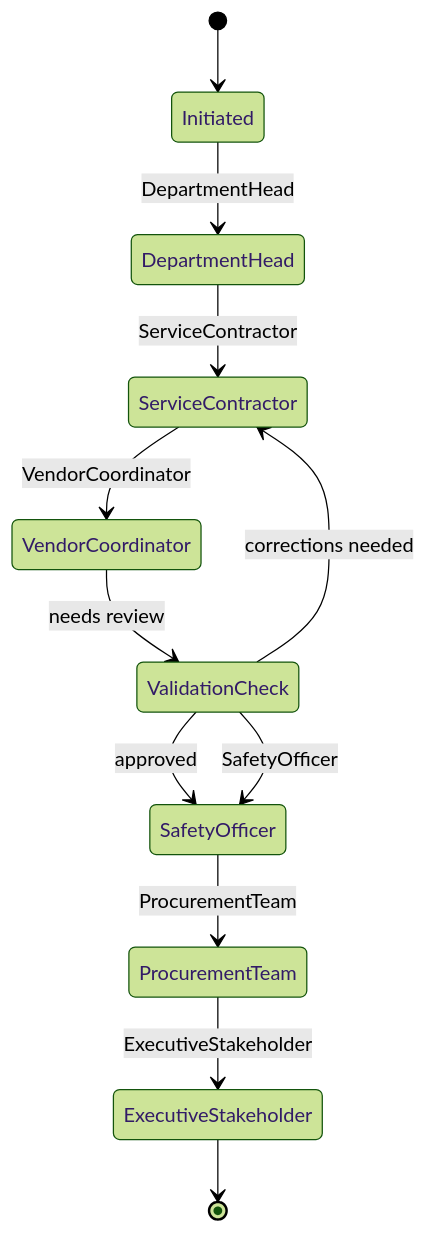
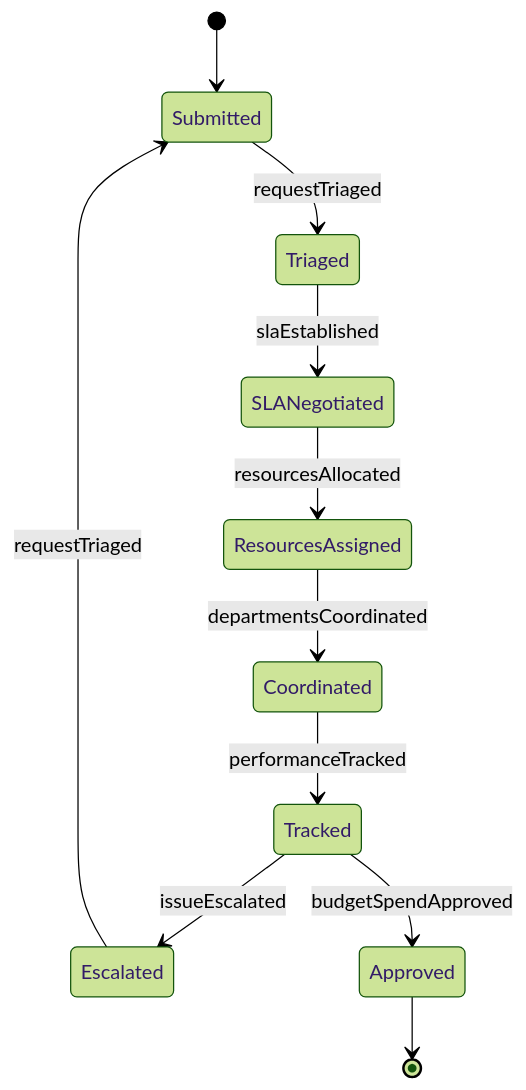
Before and after one commit to dot-org-ai/tasks.org.ai: the second of 4 diagrams in GuidingDirectingAndMotivatingSubordinates/DirectOrganizationalOperationsActivitiesOrProcedures/DirectMaintenanceRepairActivities.mdx, drawn with Mermaid (forest theme). The commit also changed other lines of this file and 515 other files, not shown here.

````diff
--- a/GuidingDirectingAndMotivatingSubordinates/DirectOrganizationalOperationsActivitiesOrProcedures/DirectMaintenanceRepairActivities.mdx
+++ b/GuidingDirectingAndMotivatingSubordinates/DirectOrganizationalOperationsActivitiesOrProcedures/DirectMaintenanceRepairActivities.mdx
@@ -102,14 +103,13 @@
 ```mermaid
 stateDiagram-v2
-    [*] --> Initiated
-    Initiated --> DepartmentHead: DepartmentHead
-    DepartmentHead --> ServiceContractor: ServiceContractor
-    ServiceContractor --> VendorCoordinator: VendorCoordinator
-    VendorCoordinator --> ValidationCheck: needs review
-    ValidationCheck --> ServiceContractor: corrections needed
-    ValidationCheck --> SafetyOfficer: approved
-    ValidationCheck --> SafetyOfficer: SafetyOfficer
-    SafetyOfficer --> ProcurementTeam: ProcurementTeam
-    ProcurementTeam --> ExecutiveStakeholder: ExecutiveStakeholder
-    ExecutiveStakeholder --> [*]
+    [*] --> Submitted
+    Submitted --> Triaged : requestTriaged
+    Triaged --> SLANegotiated : slaEstablished
+    SLANegotiated --> ResourcesAssigned : resourcesAllocated
+    ResourcesAssigned --> Coordinated : departmentsCoordinated
+    Coordinated --> Tracked : performanceTracked
+    Tracked --> Escalated : issueEscalated
+    Escalated --> Submitted : requestTriaged
+    Tracked --> Approved : budgetSpendApproved
+    Approved --> [*]
 ```
````
